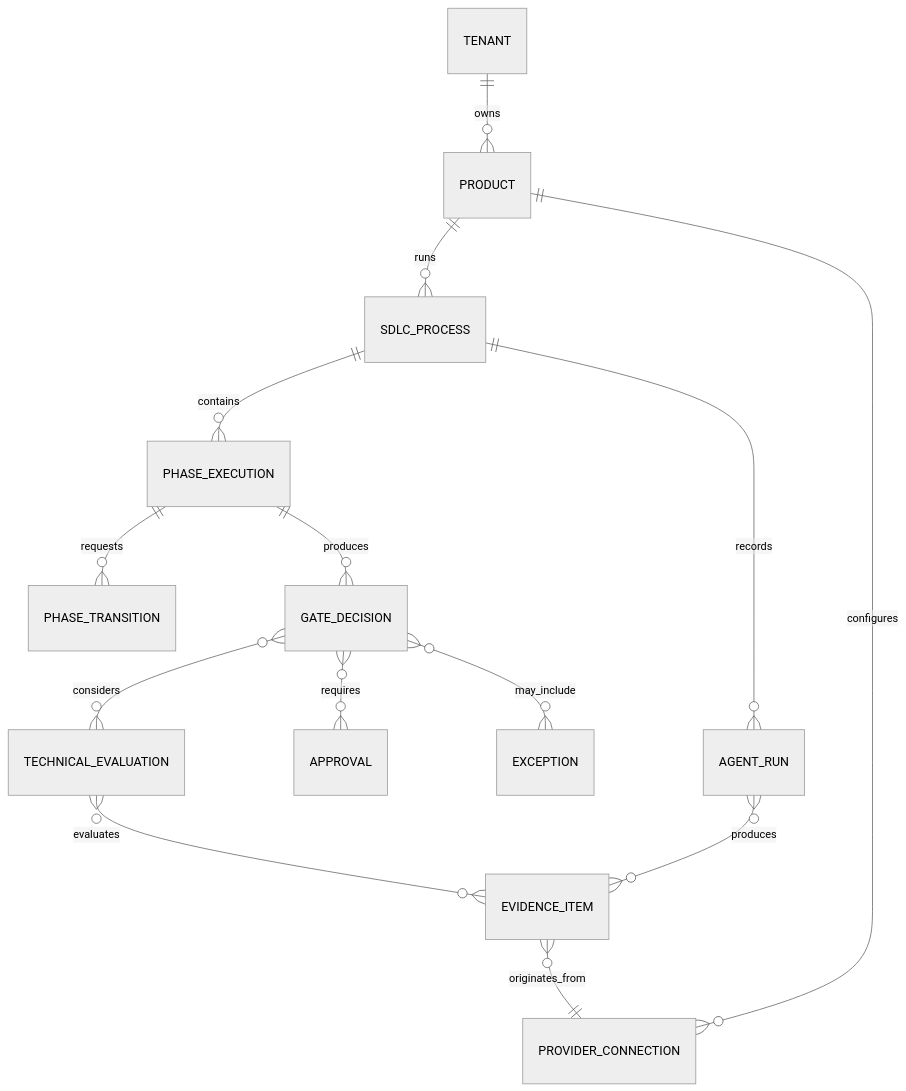
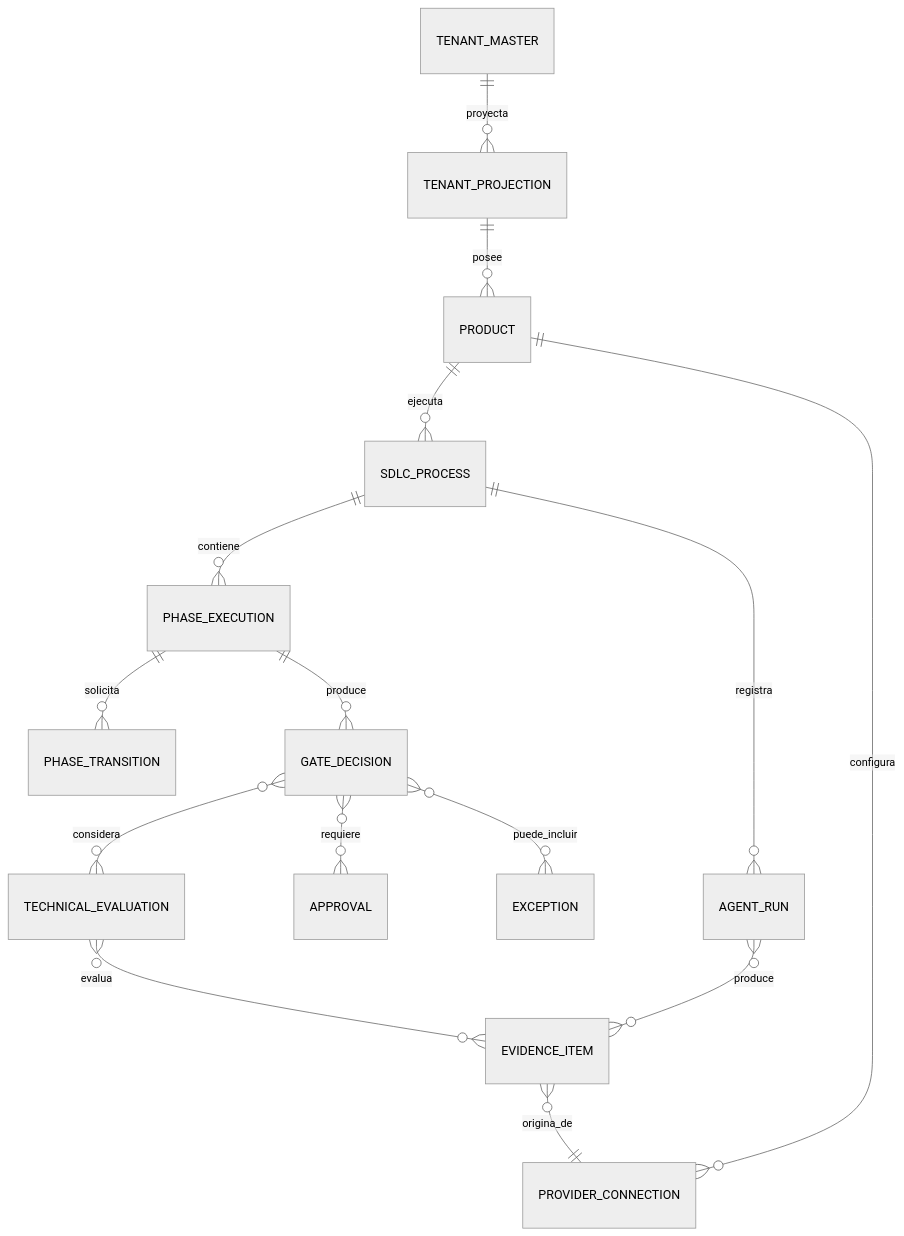
The fourth of 4 diagrams in product/products/evolith-tracker/sdlc-tracker-technical-interfaces.es.md (beyondnetcode/evolith_arch32), drawn with Mermaid (neutral theme) before and after one commit. The commit also changed other lines of this file and 5 other files, not shown here.

Commit message:
docs: define tenant master projections

````diff
--- a/product/products/evolith-tracker/sdlc-tracker-technical-interfaces.es.md
+++ b/product/products/evolith-tracker/sdlc-tracker-technical-interfaces.es.md
@@ -413,16 +499,17 @@
 ```mermaid
 erDiagram
-    TENANT ||--o{ PRODUCT : owns
-    PRODUCT ||--o{ SDLC_PROCESS : runs
-    SDLC_PROCESS ||--o{ PHASE_EXECUTION : contains
-    PHASE_EXECUTION ||--o{ PHASE_TRANSITION : requests
-    PHASE_EXECUTION ||--o{ GATE_DECISION : produces
-    GATE_DECISION }o--o{ TECHNICAL_EVALUATION : considers
-    GATE_DECISION }o--o{ APPROVAL : requires
-    GATE_DECISION }o--o{ EXCEPTION : may_include
-    TECHNICAL_EVALUATION }o--o{ EVIDENCE_ITEM : evaluates
-    EVIDENCE_ITEM }o--|| PROVIDER_CONNECTION : originates_from
-    PRODUCT ||--o{ PROVIDER_CONNECTION : configures
-    SDLC_PROCESS ||--o{ AGENT_RUN : records
-    AGENT_RUN }o--o{ EVIDENCE_ITEM : produces
+    TENANT_MASTER ||--o{ TENANT_PROJECTION : proyecta
+    TENANT_PROJECTION ||--o{ PRODUCT : posee
+    PRODUCT ||--o{ SDLC_PROCESS : ejecuta
+    SDLC_PROCESS ||--o{ PHASE_EXECUTION : contiene
+    PHASE_EXECUTION ||--o{ PHASE_TRANSITION : solicita
+    PHASE_EXECUTION ||--o{ GATE_DECISION : produce
+    GATE_DECISION }o--o{ TECHNICAL_EVALUATION : considera
+    GATE_DECISION }o--o{ APPROVAL : requiere
+    GATE_DECISION }o--o{ EXCEPTION : puede_incluir
+    TECHNICAL_EVALUATION }o--o{ EVIDENCE_ITEM : evalua
+    EVIDENCE_ITEM }o--|| PROVIDER_CONNECTION : origina_de
+    PRODUCT ||--o{ PROVIDER_CONNECTION : configura
+    SDLC_PROCESS ||--o{ AGENT_RUN : registra
+    AGENT_RUN }o--o{ EVIDENCE_ITEM : produce
 ```
````
